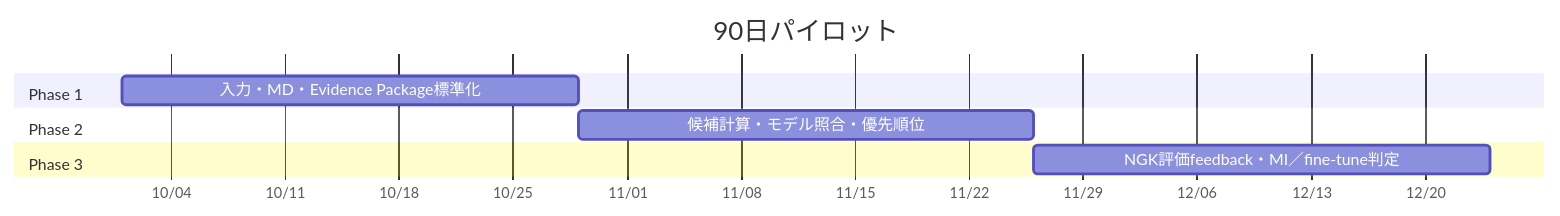
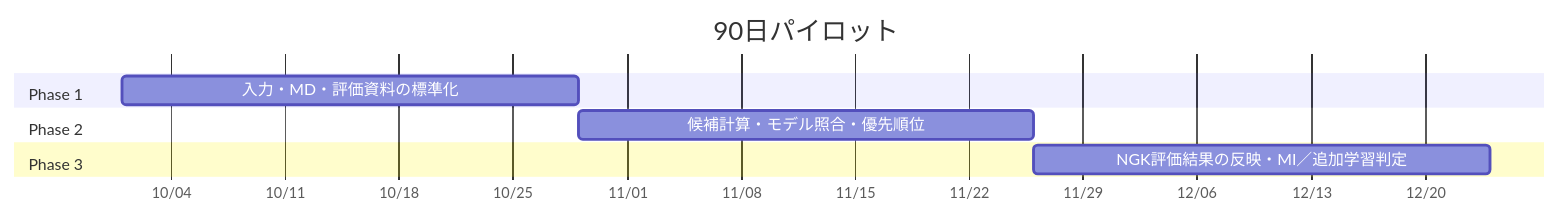
One commit to Long-Brian-Yang/li-research changed the ninth of 9 diagrams in docs/presentations/pretrained_potential_screening_proposal_7min_ja.md. Above: the diagram before and after it, drawn with Mermaid. The commit also changed other lines of this file, not shown here.

````diff
--- a/docs/presentations/pretrained_potential_screening_proposal_7min_ja.md
+++ b/docs/presentations/pretrained_potential_screening_proposal_7min_ja.md
@@ -706,12 +706,12 @@
 ```mermaid
 gantt
     title 90日パイロット
     dateFormat  YYYY-MM-DD
     axisFormat  %m/%d
     section Phase 1
-    入力・MD・Evidence Package標準化 :a1, 2026-10-01, 28d
+    入力・MD・評価資料の標準化 :a1, 2026-10-01, 28d
     section Phase 2
     候補計算・モデル照合・優先順位 :a2, after a1, 28d
     section Phase 3
-    NGK評価feedback・MI／fine-tune判定 :a3, after a2, 28d
+    NGK評価結果の反映・MI／追加学習判定 :a3, after a2, 28d
 ```
````
